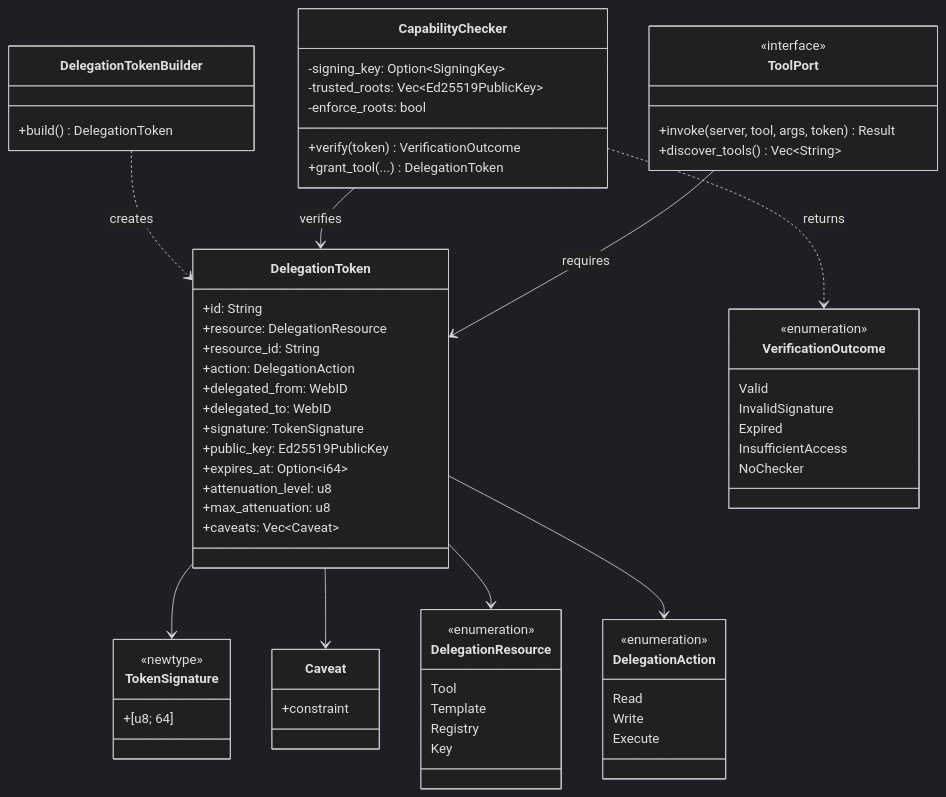
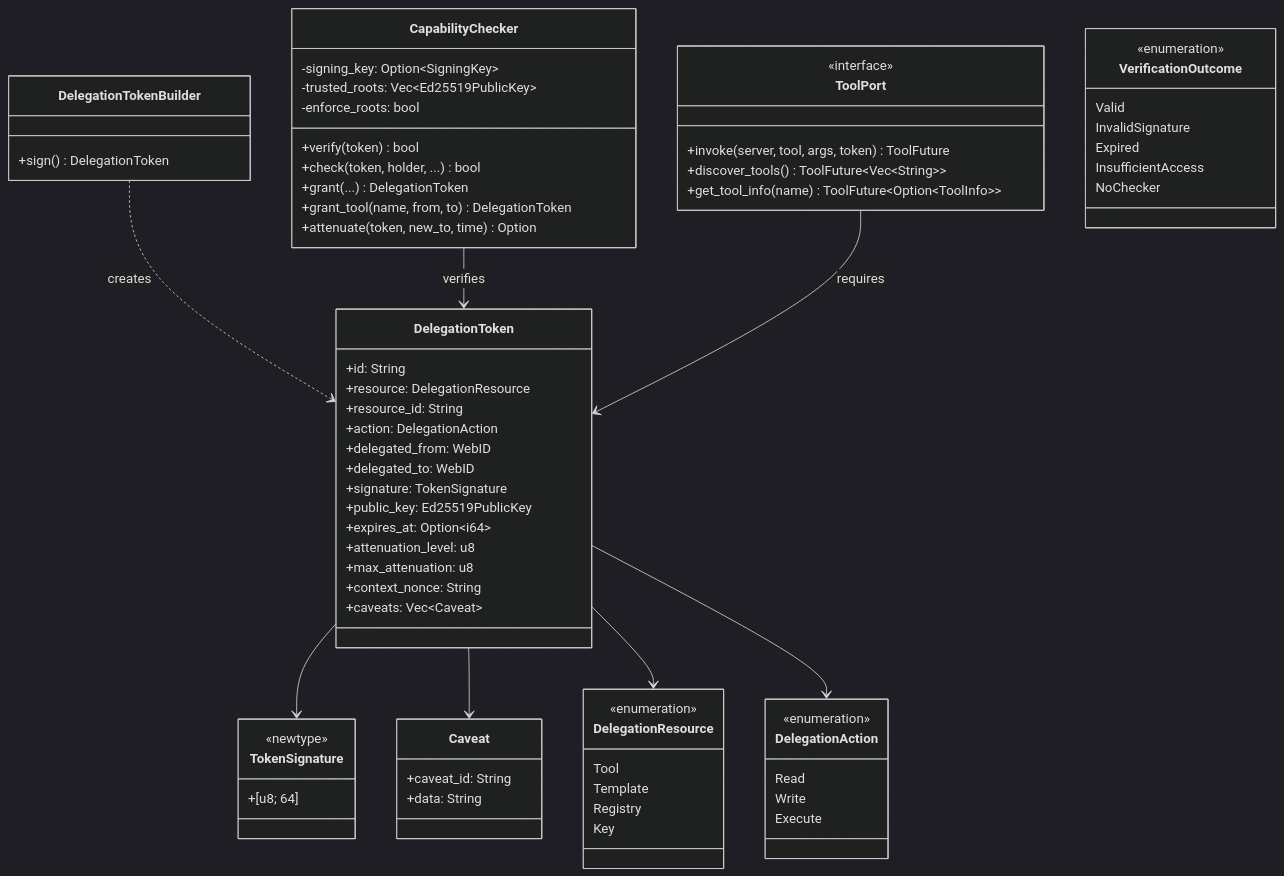
The diagram in kask/docs/diataxis/hkask-capability/reference.md (mdz-axo/zed-kask), drawn with Mermaid (dark theme) before and after one commit. The commit also changed other lines of this file and 33 other files, not shown here.

````diff
--- a/kask/docs/diataxis/hkask-capability/reference.md
+++ b/kask/docs/diataxis/hkask-capability/reference.md
@@ -58,69 +60,74 @@
 ```mermaid
 classDiagram
     class DelegationToken {
         +id: String
         +resource: DelegationResource
         +resource_id: String
         +action: DelegationAction
         +delegated_from: WebID
         +delegated_to: WebID
         +signature: TokenSignature
         +public_key: Ed25519PublicKey
         +expires_at: Option~i64~
         +attenuation_level: u8
         +max_attenuation: u8
+        +context_nonce: String
         +caveats: Vec~Caveat~
     }
     class DelegationTokenBuilder {
-        +build() DelegationToken
+        +sign() DelegationToken
     }
     class TokenSignature {
         <<newtype>>
         +[u8; 64]
     }
     class Caveat {
-        +constraint
+        +caveat_id: String
+        +data: String
     }
     class CapabilityChecker {
         -signing_key: Option~SigningKey~
         -trusted_roots: Vec~Ed25519PublicKey~
         -enforce_roots: bool
-        +verify(token) VerificationOutcome
-        +grant_tool(...) DelegationToken
+        +verify(token) bool
+        +check(token, holder, ...) bool
+        +grant(...) DelegationToken
+        +grant_tool(name, from, to) DelegationToken
+        +attenuate(token, new_to, time) Option
     }
     class ToolPort {
         <<interface>>
-        +invoke(server, tool, args, token) Result
-        +discover_tools() Vec~String~
+        +invoke(server, tool, args, token) ToolFuture
+        +discover_tools() ToolFuture~Vec~String~~
+        +get_tool_info(name) ToolFuture~Option~ToolInfo~~
     }
     class VerificationOutcome {
         <<enumeration>>
         Valid
         InvalidSignature
         Expired
         InsufficientAccess
         NoChecker
     }
     class DelegationResource {
         <<enumeration>>
         Tool
         Template
         Registry
         Key
     }
     class DelegationAction {
         <<enumeration>>
         Read
         Write
         Execute
     }
 
     DelegationToken --> TokenSignature
     DelegationToken --> Caveat
     DelegationToken --> DelegationResource
     DelegationToken --> DelegationAction
     DelegationTokenBuilder ..> DelegationToken : creates
     CapabilityChecker --> DelegationToken : verifies
-    CapabilityChecker ..> VerificationOutcome : returns
     ToolPort --> DelegationToken : requires
 ```
````
